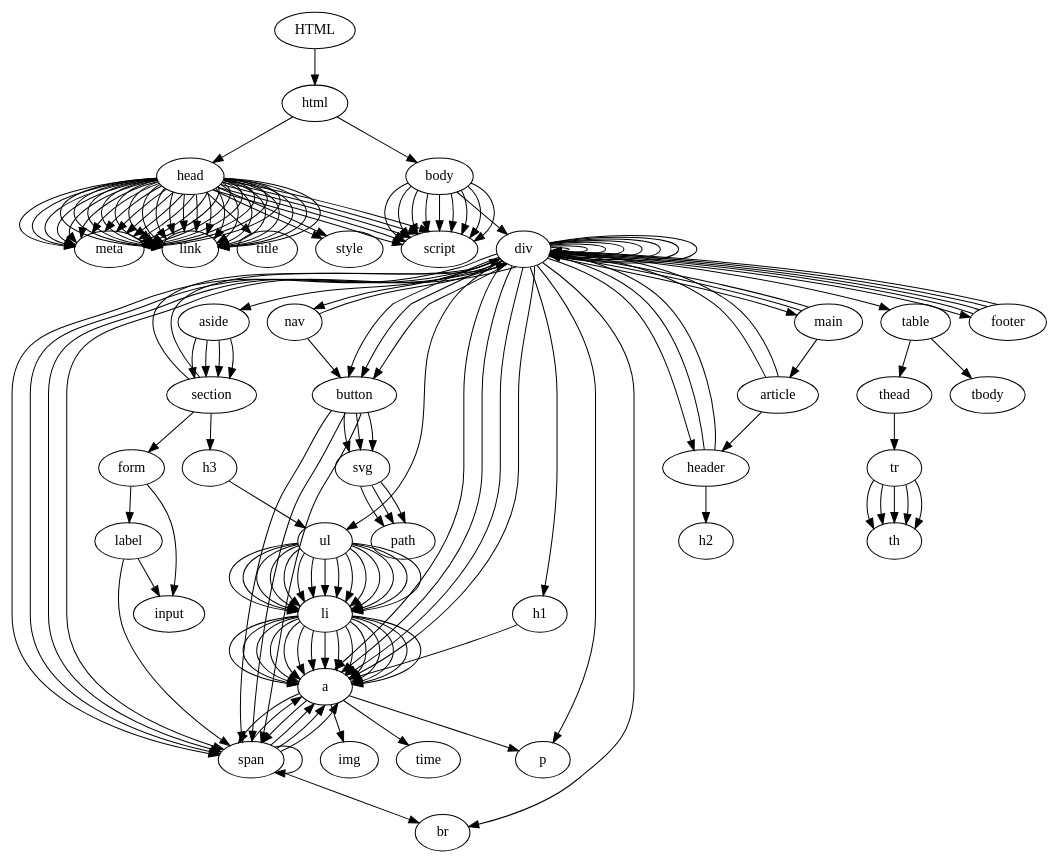
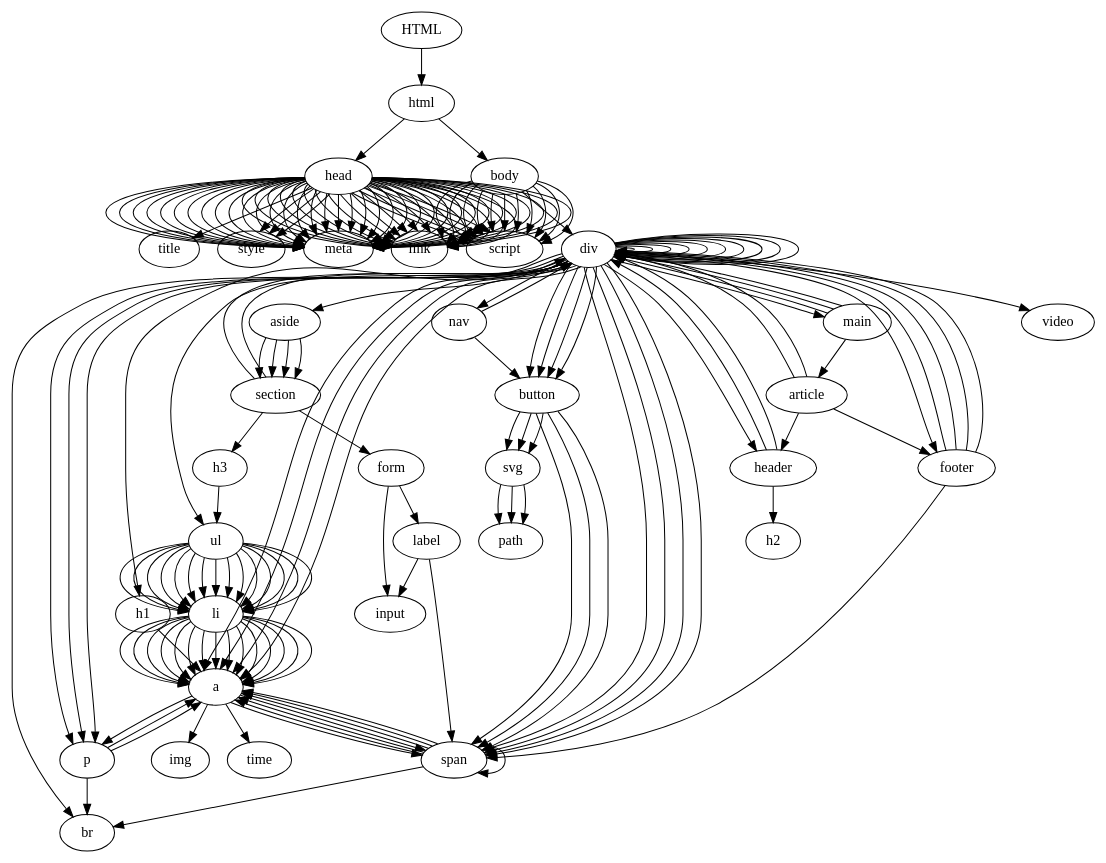
The diagram in test_py/dom_tree.gv (plae-tljg/flutter_anime), drawn with Graphviz before and after one commit. The commit also changed 4 other files, not shown here.

```diff
--- a/test_py/dom_tree.gv
+++ b/test_py/dom_tree.gv
@@ -61,10 +61,44 @@
 	head -> meta
 	meta [label=meta]
 	head -> meta
+	meta [label=meta]
+	head -> meta
+	meta [label=meta]
+	head -> meta
+	meta [label=meta]
+	head -> meta
+	meta [label=meta]
+	head -> meta
+	meta [label=meta]
+	head -> meta
+	meta [label=meta]
+	head -> meta
+	meta [label=meta]
+	head -> meta
+	meta [label=meta]
+	head -> meta
+	meta [label=meta]
+	head -> meta
+	meta [label=meta]
+	head -> meta
+	meta [label=meta]
+	head -> meta
+	meta [label=meta]
+	head -> meta
+	meta [label=meta]
+	head -> meta
+	meta [label=meta]
+	head -> meta
+	meta [label=meta]
+	head -> meta
+	meta [label=meta]
+	head -> meta
 	title [label=title]
 	head -> title
 	meta [label=meta]
 	head -> meta
+	style [label=style]
+	head -> style
 	style [label=style]
 	head -> style
 	style [label=style]
@@ -181,26 +215,34 @@
 	a -> time
 	div [label=div]
 	article -> div
+	div [label=div]
+	div -> div
+	video [label=video]
+	div -> video
 	p [label=p]
 	div -> p
-	table [label=table]
-	div -> table
-	thead [label=thead]
-	table -> thead
-	tr [label=tr]
-	thead -> tr
-	th [label=th]
-	tr -> th
-	th [label=th]
-	tr -> th
-	th [label=th]
-	tr -> th
-	th [label=th]
-	tr -> th
-	th [label=th]
-	tr -> th
-	tbody [label=tbody]
-	table -> tbody
+	a [label=a]
+	p -> a
+	br [label=br]
+	p -> br
+	a [label=a]
+	p -> a
+	footer [label=footer]
+	article -> footer
+	span [label=span]
+	footer -> span
+	a [label=a]
+	span -> a
+	div [label=div]
+	main -> div
+	div [label=div]
+	div -> div
+	p [label=p]
+	div -> p
+	p [label=p]
+	div -> p
+	button [label=button]
+	div -> button
 	div [label=div]
 	main -> div
 	aside [label=aside]
@@ -353,4 +395,8 @@
 	body -> script
 	script [label=script]
 	body -> script
+	script [label=script]
+	body -> script
+	script [label=script]
+	body -> script
 }
```
